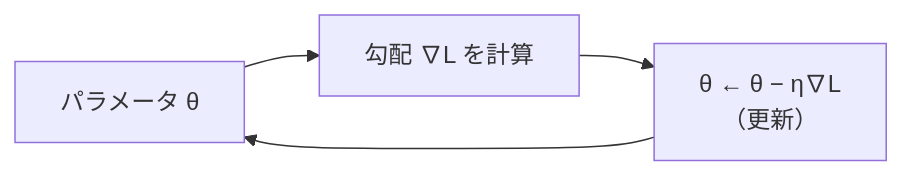
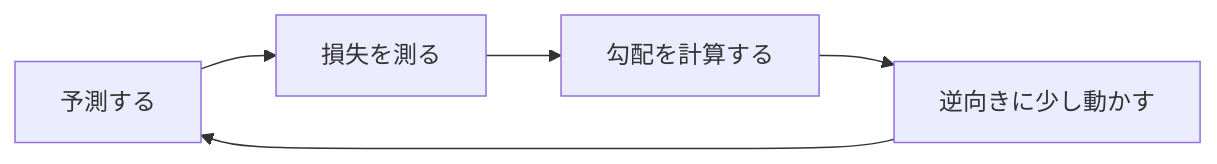
The diagram in content/notes/math-stats.md (PlumaHatchery/llm-study), drawn with Mermaid before and after one commit. The commit also changed other lines of this file and 12 other files, not shown here.

````diff
--- a/content/notes/math-stats.md
+++ b/content/notes/math-stats.md
@@ -19,4 +30,7 @@
 ```mermaid
 flowchart LR
-  P["パラメータ θ"] --> G["勾配 ∇L を計算"] --> U["θ ← θ − η∇L<br/>（更新）"] --> P
+  A["予測する"] --> B["損失を測る"]
+  B --> C["勾配を計算する"]
+  C --> D["逆向きに少し動かす"]
+  D --> A
 ```
````
